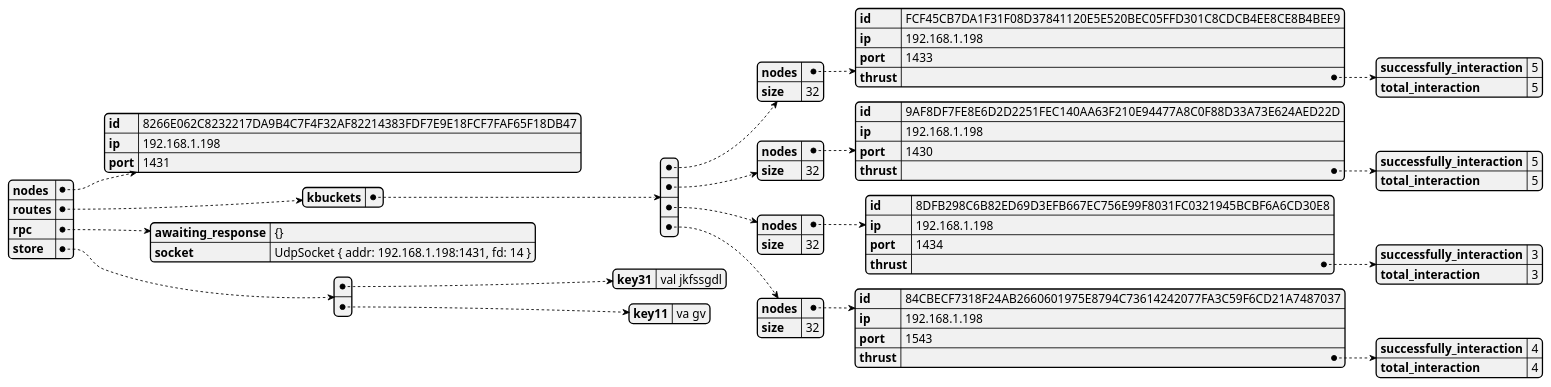
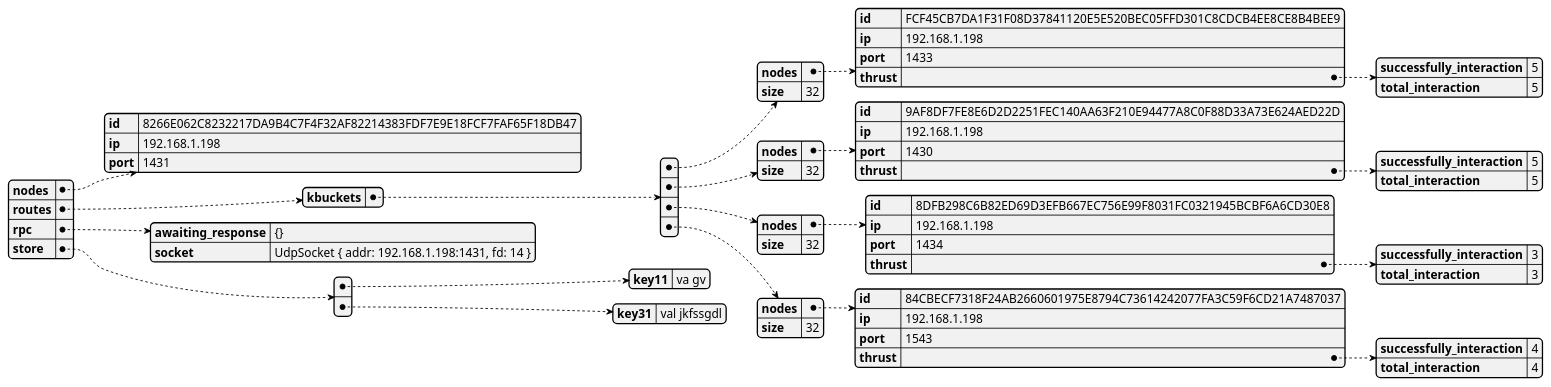
One commit to GoliathHagar/distributed_legder_kademlia changed the diagram in src/distributed_legder/state_dumps/test-contact-2.json.plantuml. Above: the diagram before and after it, drawn with PlantUML. The commit also changed 10 other files, not shown here.

```diff
--- a/src/distributed_legder/state_dumps/test-contact-2.json.plantuml
+++ b/src/distributed_legder/state_dumps/test-contact-2.json.plantuml
@@ -1,3 +1,3 @@
 @startjson
-{"nodes":{"id":"8266E062C8232217DA9B4C7F4F32AF82214383FDF7E9E18FCF7FAF65F18DB47","ip":"192.168.1.198","port":1431},"routes":{"kbuckets":[{"nodes":{"id":"FCF45CB7DA1F31F08D37841120E5E520BEC05FFD301C8CDCB4EE8CE8B4BEE9","ip":"192.168.1.198","port":1433,"thrust":{"successfully_interaction":5,"total_interaction":5}},"size":32},{"nodes":{"id":"9AF8DF7FE8E6D2D2251FEC140AA63F210E94477A8C0F88D33A73E624AED22D","ip":"192.168.1.198","port":1430,"thrust":{"successfully_interaction":5,"total_interaction":5}},"size":32},{"nodes":{"id":"8DFB298C6B82ED69D3EFB667EC756E99F8031FC0321945BCBF6A6CD30E8","ip":"192.168.1.198","port":1434,"thrust":{"successfully_interaction":3,"total_interaction":3}},"size":32},{"nodes":{"id":"84CBECF7318F24AB2660601975E8794C73614242077FA3C59F6CD21A7487037","ip":"192.168.1.198","port":1543,"thrust":{"successfully_interaction":4,"total_interaction":4}},"size":32}]},"rpc":{"awaiting_response":"{}","socket":"UdpSocket { addr: 192.168.1.198:1431, fd: 14 }"},"store":[{"key31":"val jkfssgdl"},{"key11":"va gv"}]}
+{"nodes":{"id":"8266E062C8232217DA9B4C7F4F32AF82214383FDF7E9E18FCF7FAF65F18DB47","ip":"192.168.1.198","port":1431},"routes":{"kbuckets":[{"nodes":{"id":"FCF45CB7DA1F31F08D37841120E5E520BEC05FFD301C8CDCB4EE8CE8B4BEE9","ip":"192.168.1.198","port":1433,"thrust":{"successfully_interaction":5,"total_interaction":5}},"size":32},{"nodes":{"id":"9AF8DF7FE8E6D2D2251FEC140AA63F210E94477A8C0F88D33A73E624AED22D","ip":"192.168.1.198","port":1430,"thrust":{"successfully_interaction":5,"total_interaction":5}},"size":32},{"nodes":{"id":"8DFB298C6B82ED69D3EFB667EC756E99F8031FC0321945BCBF6A6CD30E8","ip":"192.168.1.198","port":1434,"thrust":{"successfully_interaction":3,"total_interaction":3}},"size":32},{"nodes":{"id":"84CBECF7318F24AB2660601975E8794C73614242077FA3C59F6CD21A7487037","ip":"192.168.1.198","port":1543,"thrust":{"successfully_interaction":4,"total_interaction":4}},"size":32}]},"rpc":{"awaiting_response":"{}","socket":"UdpSocket { addr: 192.168.1.198:1431, fd: 14 }"},"store":[{"key11":"va gv"},{"key31":"val jkfssgdl"}]}
 @endjson
```
